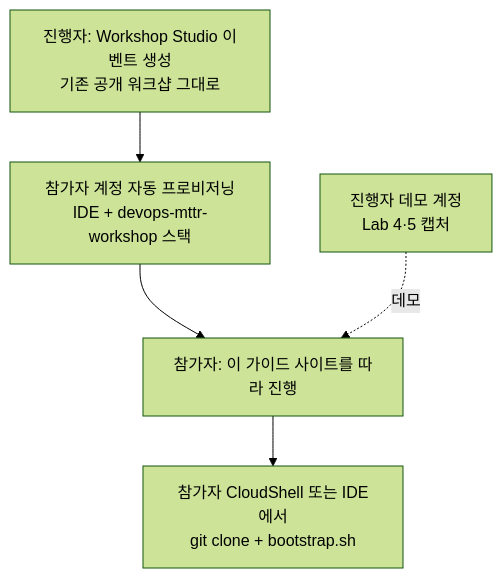
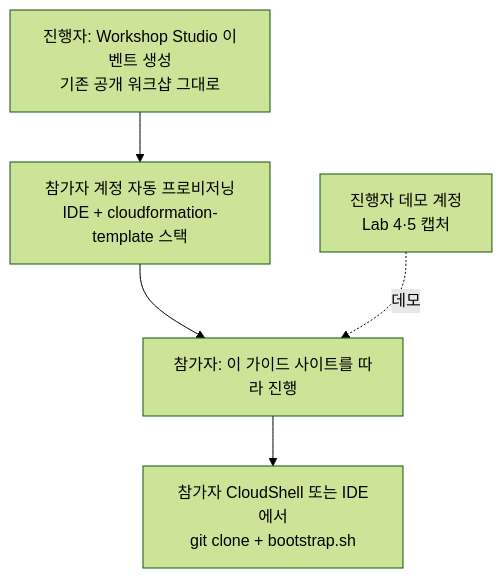
The diagram in docs/facilitator/index.md (hsr87/devops-agent-workshop-kr), drawn with Mermaid (forest theme) before and after one commit. The commit also changed other lines of this file and 7 other files, not shown here.

````diff
--- a/docs/facilitator/index.md
+++ b/docs/facilitator/index.md
@@ -5,7 +5,7 @@
 ```mermaid
 flowchart TB
-  P[진행자: Workshop Studio 이벤트 생성<br/>기존 공개 워크샵 그대로] --> A[참가자 계정 자동 프로비저닝<br/>IDE + devops-mttr-workshop 스택]
+  P[진행자: Workshop Studio 이벤트 생성<br/>기존 공개 워크샵 그대로] --> A[참가자 계정 자동 프로비저닝<br/>IDE + cloudformation-template 스택]
   A --> B[참가자: 이 가이드 사이트를 따라 진행]
   B --> C[참가자 CloudShell 또는 IDE에서<br/>git clone + bootstrap.sh]
   D[진행자 데모 계정<br/>Lab 4·5 캡처] -.데모.-> B
 ```
````
